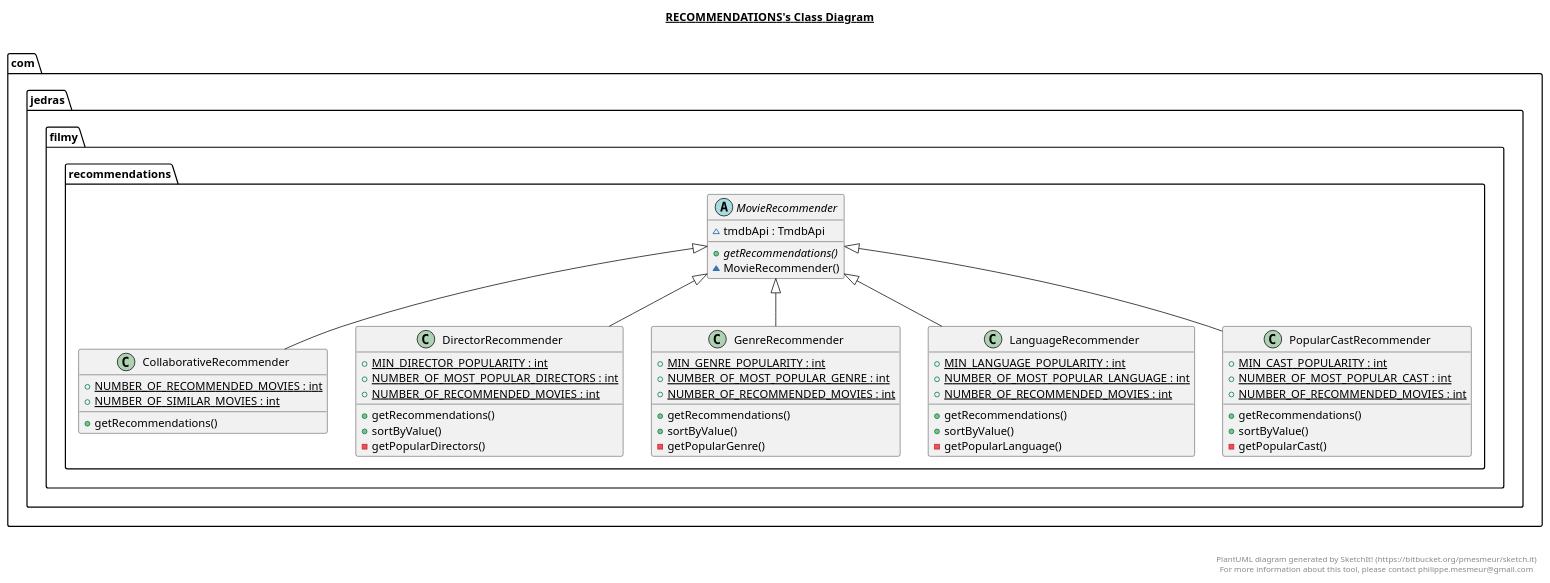
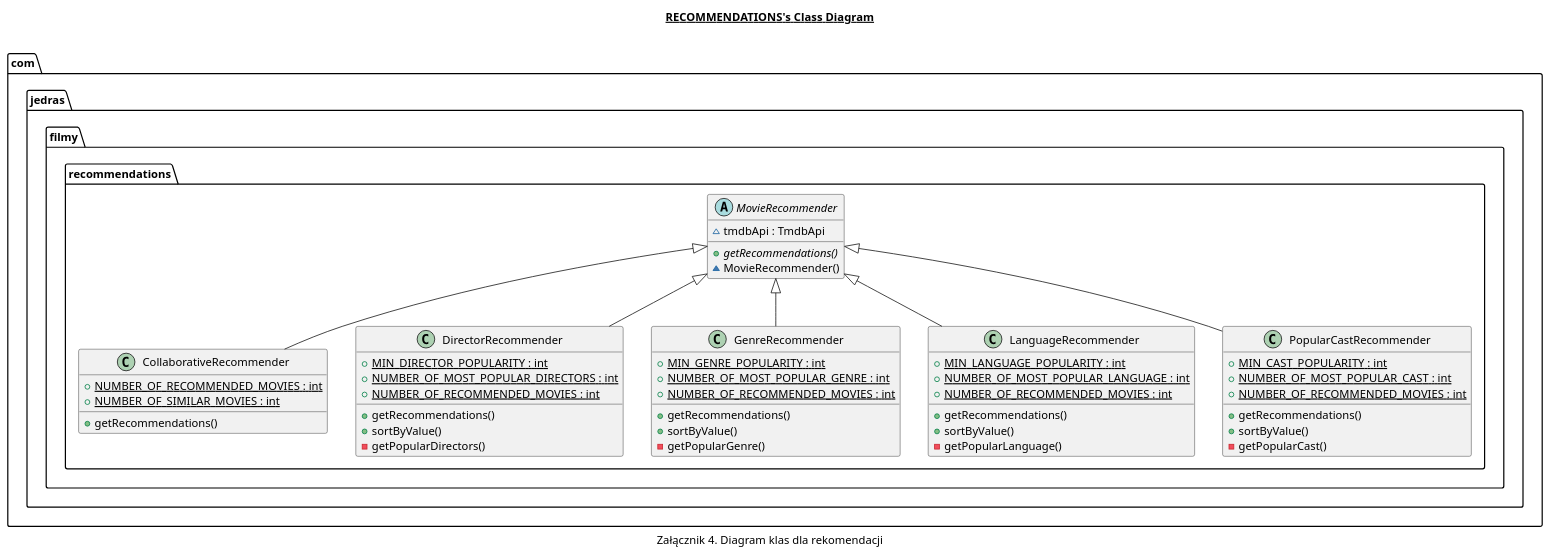
One commit to jedraas/movies-app changed the diagram in app/src/main/java/com/jedras/filmy/diagrams/recommendations_ClassDiagram.plantuml. Above: the diagram before and after it, drawn with PlantUML. The commit also changed 4 other files, not shown here.

Commit message:
Update diagrams

```diff
--- a/app/src/main/java/com/jedras/filmy/diagrams/recommendations_ClassDiagram.plantuml
+++ b/app/src/main/java/com/jedras/filmy/diagrams/recommendations_ClassDiagram.plantuml
@@ -1,97 +1,93 @@
 @startuml
 
 title __RECOMMENDATIONS's Class Diagram__\n
+
+caption Załącznik 4. Diagram klas dla rekomendacji
 
   namespace com.jedras.filmy {
     namespace recommendations {
       class com.jedras.filmy.recommendations.CollaborativeRecommender {
           {static} + NUMBER_OF_RECOMMENDED_MOVIES : int
           {static} + NUMBER_OF_SIMILAR_MOVIES : int
           + getRecommendations()
       }
     }
   }
   
 
   namespace com.jedras.filmy {
     namespace recommendations {
       class com.jedras.filmy.recommendations.DirectorRecommender {
           {static} + MIN_DIRECTOR_POPULARITY : int
           {static} + NUMBER_OF_MOST_POPULAR_DIRECTORS : int
           {static} + NUMBER_OF_RECOMMENDED_MOVIES : int
           + getRecommendations()
           + sortByValue()
           - getPopularDirectors()
       }
     }
   }
   
 
   namespace com.jedras.filmy {
     namespace recommendations {
       class com.jedras.filmy.recommendations.GenreRecommender {
           {static} + MIN_GENRE_POPULARITY : int
           {static} + NUMBER_OF_MOST_POPULAR_GENRE : int
           {static} + NUMBER_OF_RECOMMENDED_MOVIES : int
           + getRecommendations()
           + sortByValue()
           - getPopularGenre()
       }
     }
   }
   
 
   namespace com.jedras.filmy {
     namespace recommendations {
       class com.jedras.filmy.recommendations.LanguageRecommender {
           {static} + MIN_LANGUAGE_POPULARITY : int
           {static} + NUMBER_OF_MOST_POPULAR_LANGUAGE : int
           {static} + NUMBER_OF_RECOMMENDED_MOVIES : int
           + getRecommendations()
           + sortByValue()
           - getPopularLanguage()
       }
     }
   }
   
 
   namespace com.jedras.filmy {
     namespace recommendations {
       abstract class com.jedras.filmy.recommendations.MovieRecommender {
           ~ tmdbApi : TmdbApi
           {abstract} + getRecommendations()
           ~ MovieRecommender()
       }
     }
   }
   
 
   namespace com.jedras.filmy {
     namespace recommendations {
       class com.jedras.filmy.recommendations.PopularCastRecommender {
           {static} + MIN_CAST_POPULARITY : int
           {static} + NUMBER_OF_MOST_POPULAR_CAST : int
           {static} + NUMBER_OF_RECOMMENDED_MOVIES : int
           + getRecommendations()
           + sortByValue()
           - getPopularCast()
       }
     }
   }
   
 
   com.jedras.filmy.recommendations.CollaborativeRecommender -up-|> com.jedras.filmy.recommendations.MovieRecommender
   com.jedras.filmy.recommendations.DirectorRecommender -up-|> com.jedras.filmy.recommendations.MovieRecommender
   com.jedras.filmy.recommendations.GenreRecommender -up-|> com.jedras.filmy.recommendations.MovieRecommender
   com.jedras.filmy.recommendations.LanguageRecommender -up-|> com.jedras.filmy.recommendations.MovieRecommender
   com.jedras.filmy.recommendations.PopularCastRecommender -up-|> com.jedras.filmy.recommendations.MovieRecommender
 
 
-right footer
-
-
-PlantUML diagram generated by SketchIt! (https://bitbucket.org/pmesmeur/sketch.it)
-For more information about this tool, please contact philippe.mesmeur@gmail.com
-endfooter
 
 @enduml
```
